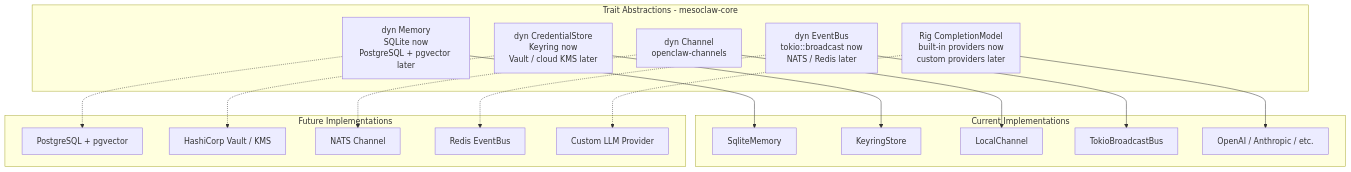
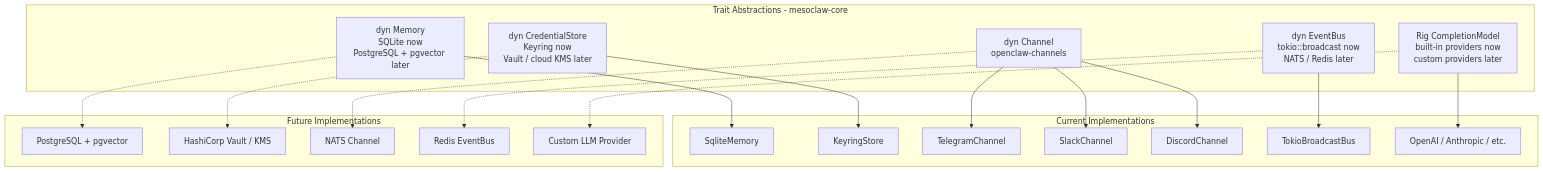
Before and after one commit to sprklai/mesoclaw: the fifth of 12 diagrams in docs/architecture.md, drawn with Mermaid. The commit also changed other lines of this file and 56 other files, not shown here.

````diff
--- a/docs/architecture.md
+++ b/docs/architecture.md
@@ -254,37 +276,41 @@
 ```mermaid
 graph TB
     subgraph "Trait Abstractions - mesoclaw-core"
         Memory["dyn Memory<br>SQLite now<br>PostgreSQL + pgvector later"]
         CredStore["dyn CredentialStore<br>Keyring now<br>Vault / cloud KMS later"]
         Channel["dyn Channel<br>openclaw-channels"]
         EvBus["dyn EventBus<br>tokio::broadcast now<br>NATS / Redis later"]
         CompModel["Rig CompletionModel<br>built-in providers now<br>custom providers later"]
     end
 
     subgraph "Current Implementations"
         SQLite["SqliteMemory"]
         Keyring["KeyringStore"]
-        LocalCh["LocalChannel"]
+        TGCh["TelegramChannel"]
+        SlackCh["SlackChannel"]
+        DiscordCh["DiscordChannel"]
         TokioBus["TokioBroadcastBus"]
         RigProviders["OpenAI / Anthropic / etc."]
     end
 
     subgraph "Future Implementations"
         PgVec["PostgreSQL + pgvector"]
         Vault["HashiCorp Vault / KMS"]
         NatsCh["NATS Channel"]
         RedisBus["Redis EventBus"]
         CustomProv["Custom LLM Provider"]
     end
 
     Memory --> SQLite
     Memory -.-> PgVec
     CredStore --> Keyring
     CredStore -.-> Vault
-    Channel --> LocalCh
+    Channel --> TGCh
+    Channel --> SlackCh
+    Channel --> DiscordCh
     Channel -.-> NatsCh
     EvBus --> TokioBus
     EvBus -.-> RedisBus
     CompModel --> RigProviders
     CompModel -.-> CustomProv
 ```
````
